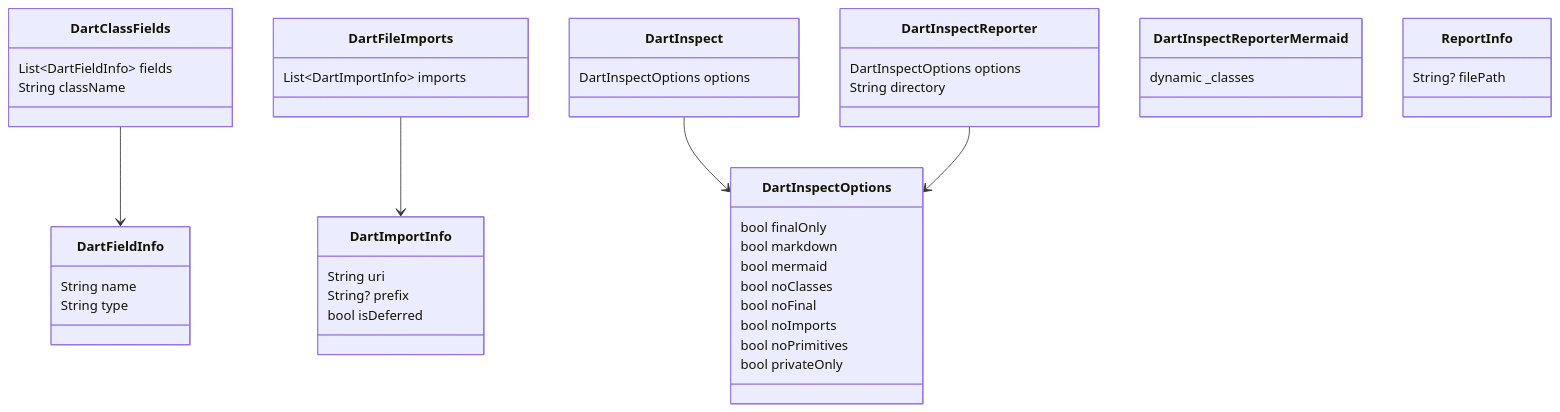
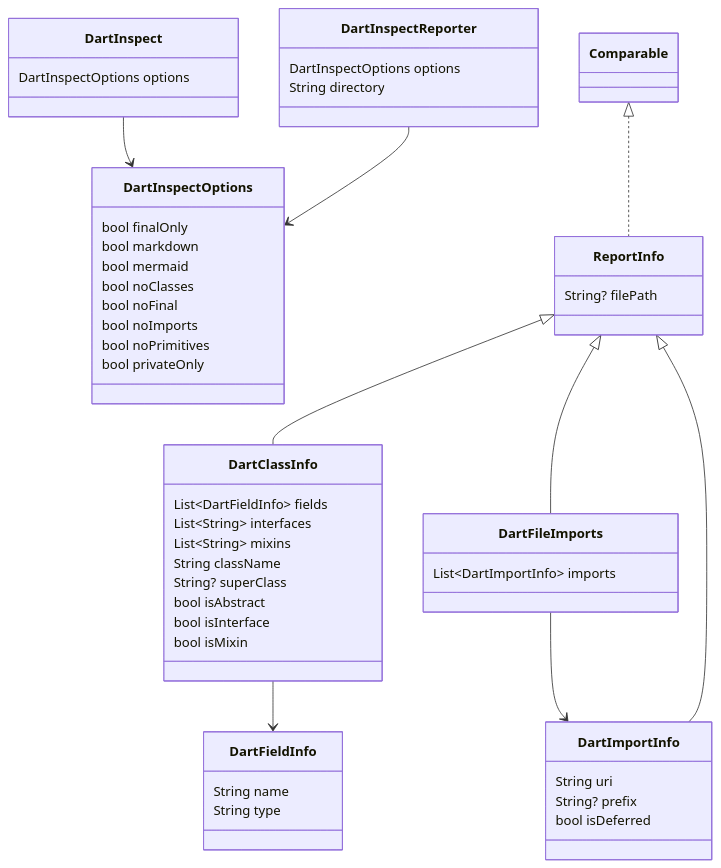
One commit to gmpassos/dart_inspect changed the diagram in classes.mmd. Above: the diagram before and after it, drawn with Mermaid. The commit also changed 3 other files, not shown here.

Commit message:
🐛 fix(lib/src/report_info.dart): include superClass, interfaces, and mixins in DartClassInfo equality; add ListEquality import

```diff
--- a/classes.mmd
+++ b/classes.mmd
@@ -1,59 +1,65 @@
 %% Dart Inspect - Mermaid Report
 %% Directory: .
 %% Options: --mermaid
 
 classDiagram
 
-  class DartClassFields {
+  class DartClassInfo {
     List&lt;DartFieldInfo&gt; fields
+    List&lt;String&gt; interfaces
+    List&lt;String&gt; mixins
     String className
+    String? superClass
+    bool isAbstract
+    bool isInterface
+    bool isMixin
   }
 
   class DartFieldInfo {
     String name
     String type
   }
 
   class DartFileImports {
     List&lt;DartImportInfo&gt; imports
   }
 
   class DartImportInfo {
     String uri
     String? prefix
     bool isDeferred
   }
 
   class DartInspect {
     DartInspectOptions options
   }
 
   class DartInspectOptions {
     bool finalOnly
     bool markdown
     bool mermaid
     bool noClasses
     bool noFinal
     bool noImports
     bool noPrimitives
     bool privateOnly
   }
 
   class DartInspectReporter {
     DartInspectOptions options
     String directory
   }
 
-  class DartInspectReporterMermaid {
-    dynamic _classes
-  }
-
   class ReportInfo {
     String? filePath
   }
 
   %% Relationships
-  DartClassFields --> DartFieldInfo
+  Comparable <|.. ReportInfo
+  DartClassInfo --> DartFieldInfo
   DartFileImports --> DartImportInfo
   DartInspect --> DartInspectOptions
   DartInspectReporter --> DartInspectOptions
+  ReportInfo <|-- DartClassInfo
+  ReportInfo <|-- DartFileImports
+  ReportInfo <|-- DartImportInfo
```
